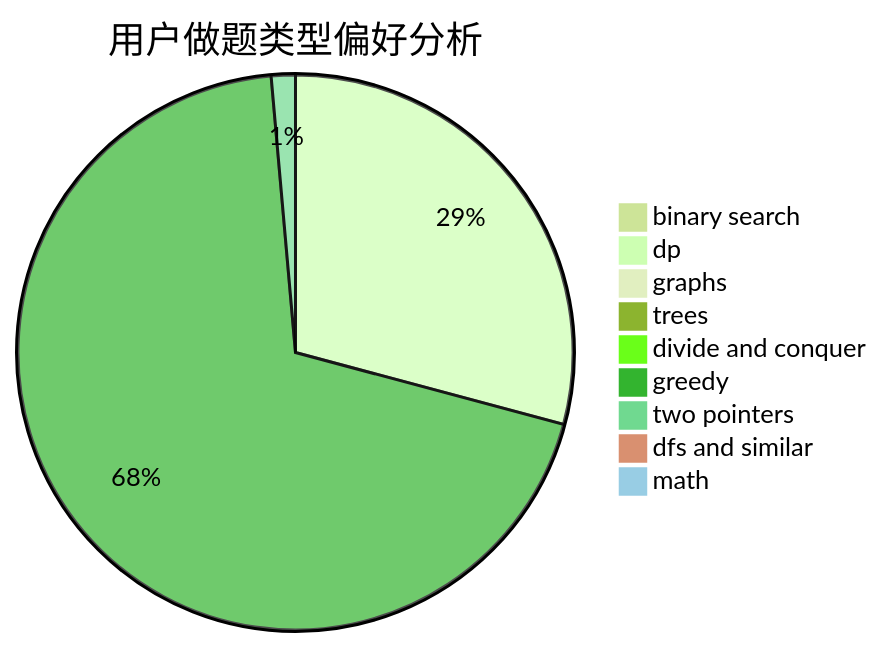
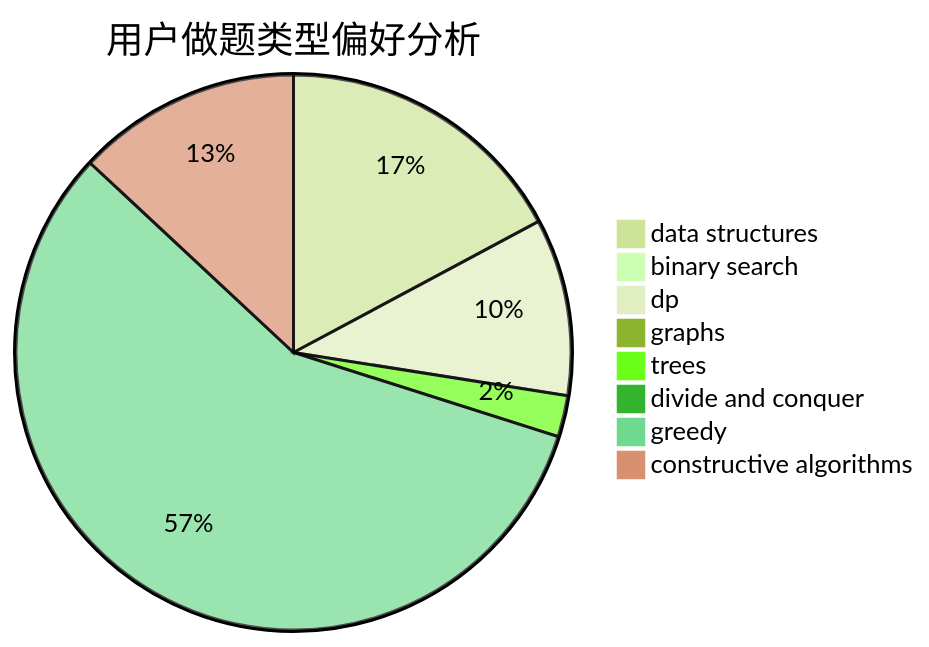
Before and after one commit to sherpahu/cfrs.github.io: the second of 3 diagrams in docs/user/u1695.md, drawn with Mermaid (forest theme). The commit also changed other lines of this file and 2775 other files, not shown here.

````diff
--- a/docs/user/u1695.md
+++ b/docs/user/u1695.md
@@ -23,12 +23,11 @@
 ```mermaid
 pie title 用户做题类型偏好分析
+    "data structures" :  50
     "binary search" :  1
-    "dp" :  229
+    "dp" :  30
     "graphs" :  1
     "trees" :  7
     "divide and conquer" :  0
-    "greedy" :  545
-    "two pointers" :  11
-    "dfs and similar" :  1
-    "math" :  1
+    "greedy" :  166
+    "constructive algorithms" :  38
 ```
````
